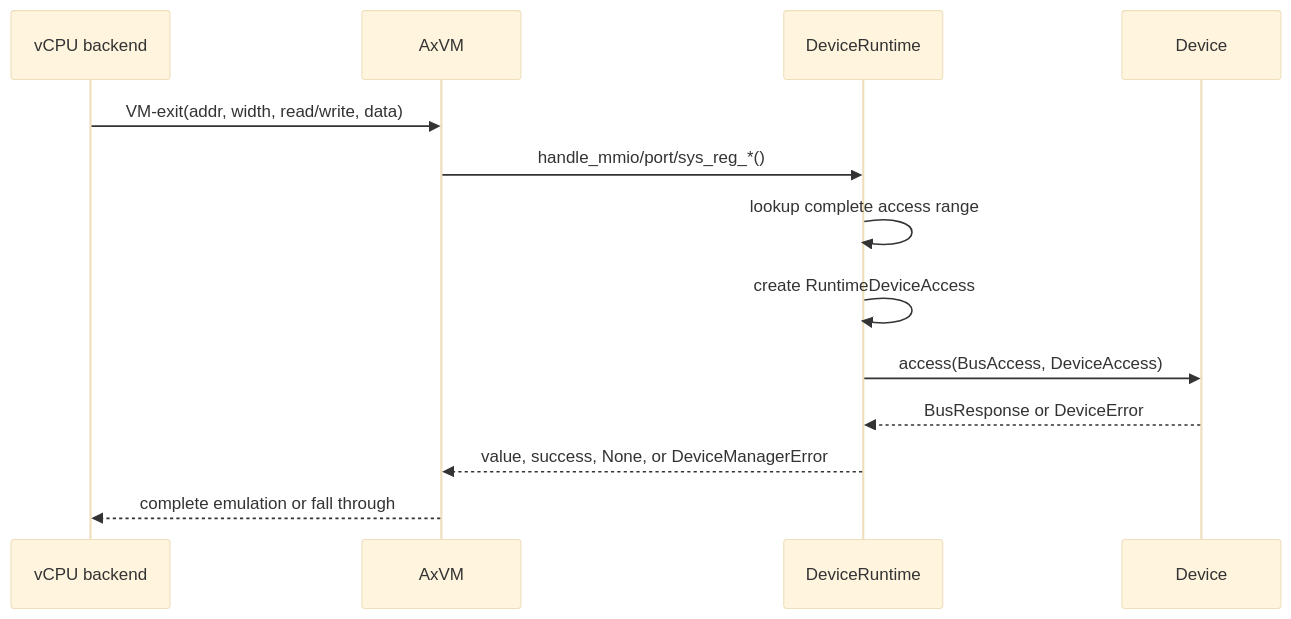
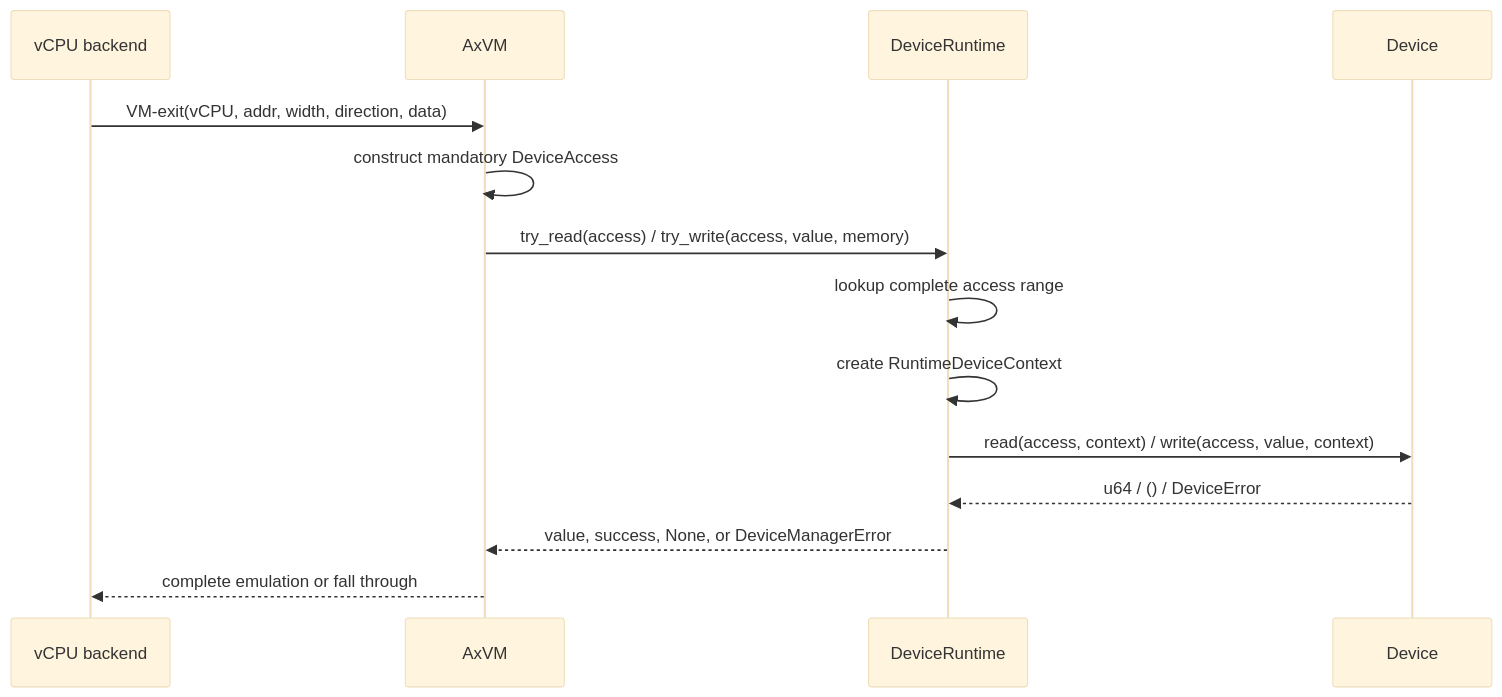
Before and after one commit to 451846939/tgoskits: the fourth of 5 diagrams in docs/docs/architecture/axvisor/emulated-devices.md, drawn with Mermaid (base theme). The commit also changed other lines of this file and 41 other files, not shown here.

First line of the commit message:
fix(axdevice)!: bind device access to the issuing vCPU (#2092)

````diff
--- a/docs/docs/architecture/axvisor/emulated-devices.md
+++ b/docs/docs/architecture/axvisor/emulated-devices.md
@@ -445,16 +452,17 @@
 ```mermaid
 sequenceDiagram
     participant VCPU as vCPU backend
     participant VM as AxVM
     participant RT as DeviceRuntime
     participant DEV as Device
 
-    VCPU->>VM: VM-exit(addr, width, read/write, data)
-    VM->>RT: handle_mmio/port/sys_reg_*()
+    VCPU->>VM: VM-exit(vCPU, addr, width, direction, data)
+    VM->>VM: construct mandatory DeviceAccess
+    VM->>RT: try_read(access) / try_write(access, value, memory)
     RT->>RT: lookup complete access range
-    RT->>RT: create RuntimeDeviceAccess
-    RT->>DEV: access(BusAccess, DeviceAccess)
-    DEV-->>RT: BusResponse or DeviceError
+    RT->>RT: create RuntimeDeviceContext
+    RT->>DEV: read(access, context) / write(access, value, context)
+    DEV-->>RT: u64 / () / DeviceError
     RT-->>VM: value, success, None, or DeviceManagerError
     VM-->>VCPU: complete emulation or fall through
 ```
````
